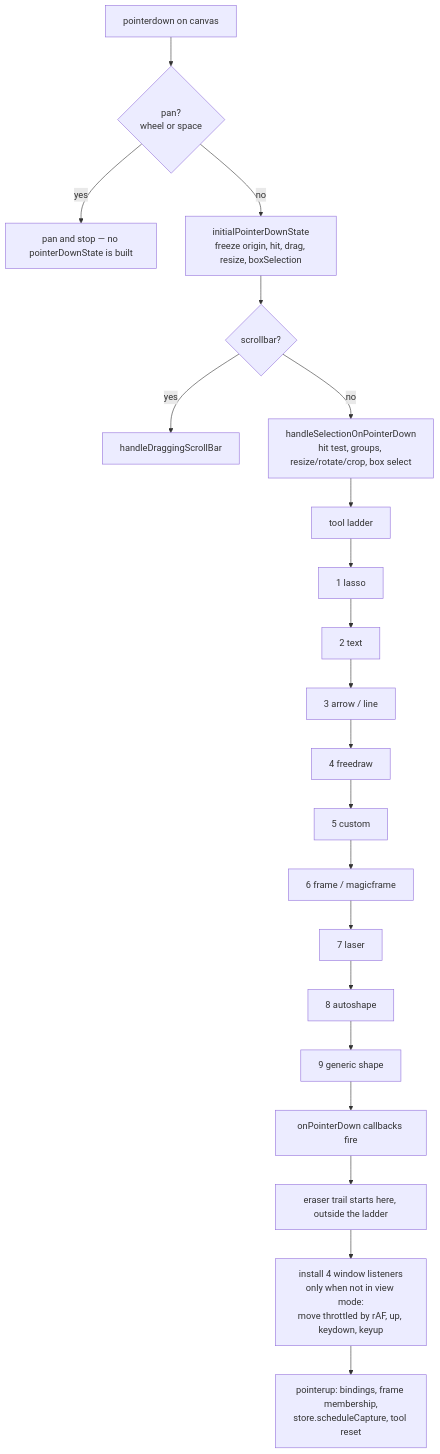
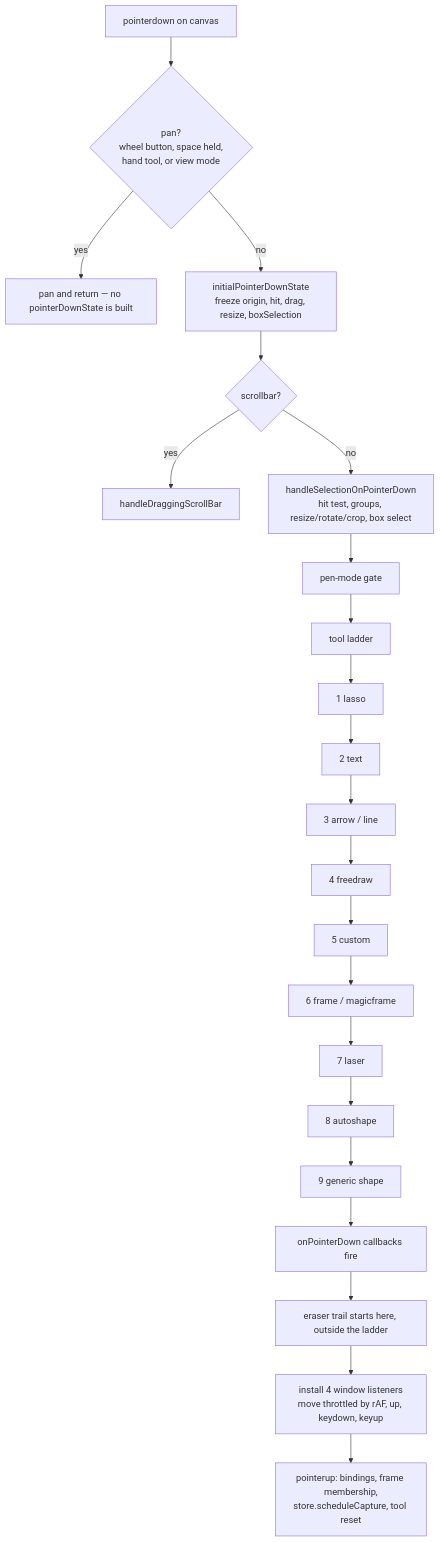
One commit to unobravo/whiteboard-fe changed the second of 4 diagrams in docs/ARCHITECTURE.md. Above: the diagram before and after it, drawn with Mermaid. The commit also changed other lines of this file, not shown here.

First line of the commit message:
docs: fix control-flow errors found in third review

````diff
--- a/docs/ARCHITECTURE.md
+++ b/docs/ARCHITECTURE.md
@@ -127,23 +129,24 @@
 ```mermaid
 flowchart TD
-  A[pointerdown on canvas] --> C{pan?<br/>wheel or space}
-  C -->|yes| C1[pan and stop — no pointerDownState is built]
+  A[pointerdown on canvas] --> C{"pan?<br/>wheel button, space held,<br/>hand tool, or view mode"}
+  C -->|yes| C1[pan and return — no pointerDownState is built]
   C -->|no| B[initialPointerDownState<br/>freeze origin, hit, drag, resize, boxSelection]
   B --> D{scrollbar?}
   D -->|yes| D1[handleDraggingScrollBar]
   D -->|no| E[handleSelectionOnPointerDown<br/>hit test, groups, resize/rotate/crop, box select]
-  E --> F[tool ladder]
+  E --> P[pen-mode gate]
+  P --> F[tool ladder]
   F --> F1[1 lasso]
   F1 --> F2[2 text]
   F2 --> F3[3 arrow / line]
   F3 --> F4[4 freedraw]
   F4 --> F5[5 custom]
   F5 --> F6[6 frame / magicframe]
   F6 --> F7[7 laser]
   F7 --> F8[8 autoshape]
   F8 --> F9[9 generic shape]
   F9 --> G[onPointerDown callbacks fire]
   G --> H[eraser trail starts here, outside the ladder]
-  H --> I[install 4 window listeners<br/>only when not in view mode:<br/>move throttled by rAF, up, keydown, keyup]
+  H --> I[install 4 window listeners<br/>move throttled by rAF, up, keydown, keyup]
   I --> J[pointerup: bindings, frame membership,<br/>store.scheduleCapture, tool reset]
 ```
````
